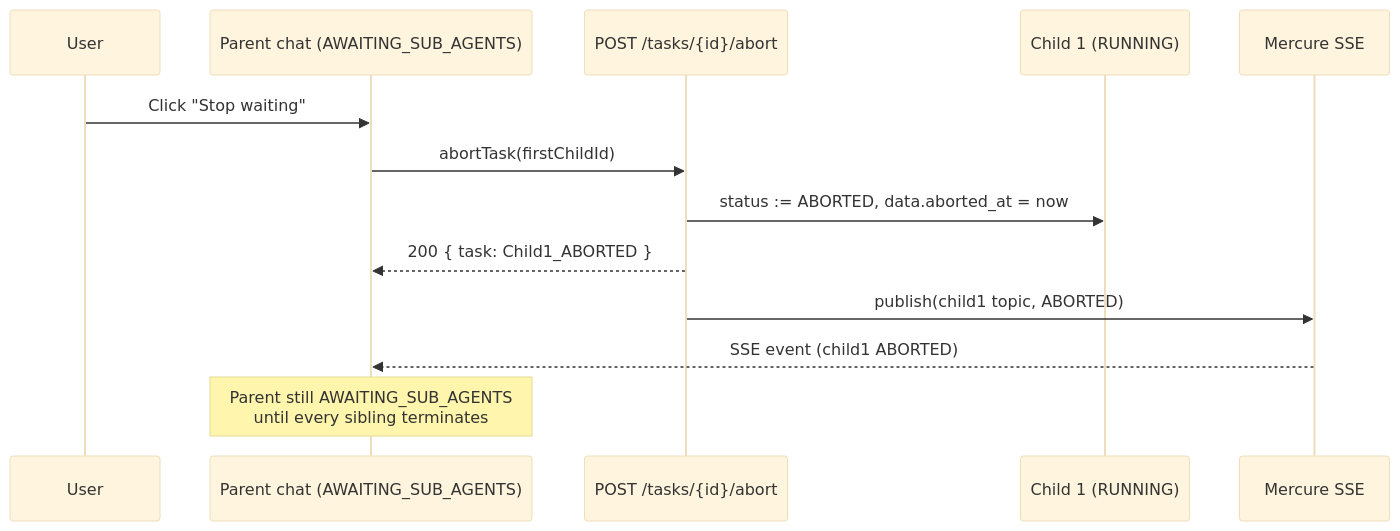
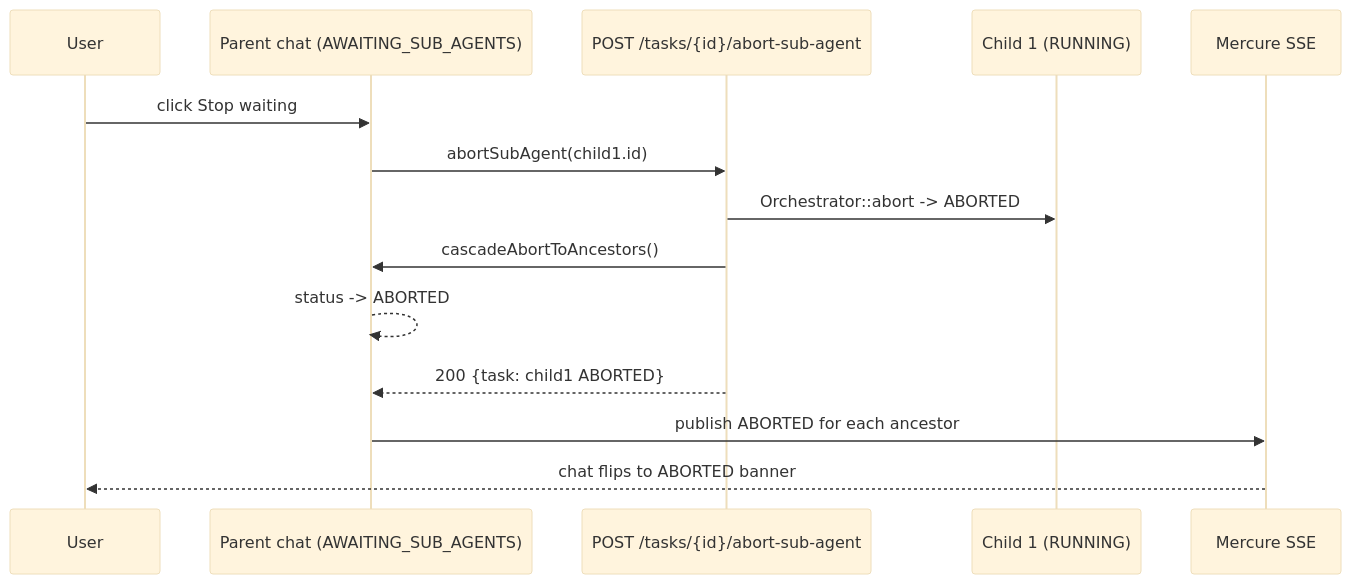
The diagram in docs/start/end-users/first-conversation.md (spora-ai/spora-docs), drawn with Mermaid (base theme) before and after one commit. The commit also changed other lines of this file and 3 other files, not shown here.

First line of the commit message:
docs(abort): revise Stop waiting section — cascade-up IS wired

````diff
--- a/docs/start/end-users/first-conversation.md
+++ b/docs/start/end-users/first-conversation.md
@@ -124,16 +124,17 @@
 ```mermaid
 sequenceDiagram
     participant U as User
     participant P as Parent chat (AWAITING_SUB_AGENTS)
-    participant API as POST /tasks/{id}/abort
+    participant API as POST /tasks/{id}/abort-sub-agent
     participant C1 as Child 1 (RUNNING)
     participant MERC as Mercure SSE
 
-    U->>P: Click "Stop waiting"
-    P->>API: abortTask(firstChildId)
-    API->>C1: status := ABORTED, data.aborted_at = now
-    API-->>P: 200 { task: Child1_ABORTED }
-    API->>MERC: publish(child1 topic, ABORTED)
-    MERC-->>P: SSE event (child1 ABORTED)
-    Note over P: Parent still AWAITING_SUB_AGENTS<br/>until every sibling terminates
+    U->>P: click Stop waiting
+    P->>API: abortSubAgent(child1.id)
+    API->>C1: Orchestrator::abort -> ABORTED
+    API->>P: cascadeAbortToAncestors()
+    P-->>P: status -> ABORTED
+    API-->>P: 200 {task: child1 ABORTED}
+    P->>MERC: publish ABORTED for each ancestor
+    MERC-->>U: chat flips to ABORTED banner
 ```
````
